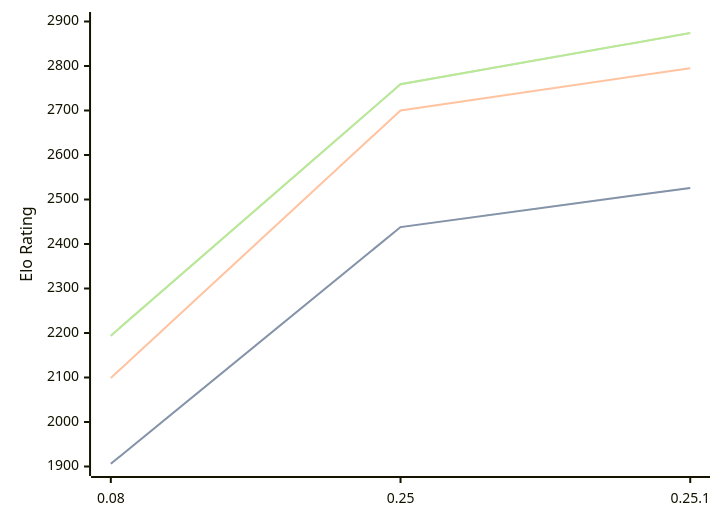
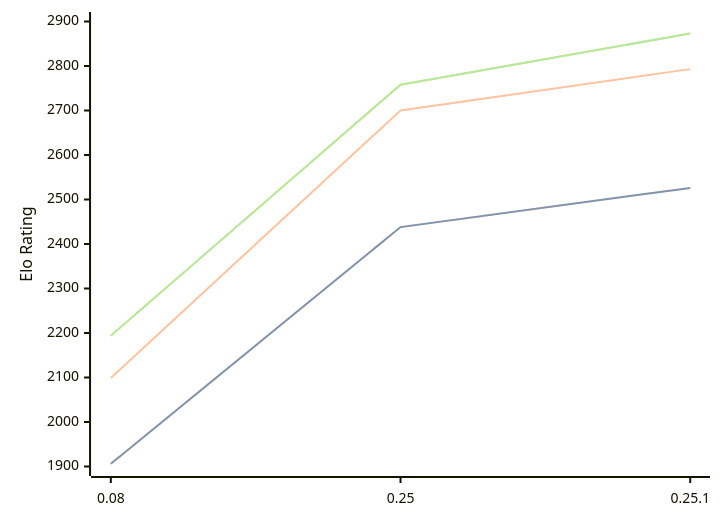
Before and after one commit to computer-chess-index/cci: the diagram in engines/Gecko.md, drawn with Mermaid. The commit also changed other lines of this file, not shown here.

Commit message:
Update CCI Ratings (ELO VLTC) - 2026-04-26

````diff
--- a/engines/Gecko.md
+++ b/engines/Gecko.md
@@ -33,11 +33,11 @@
 ```mermaid
 %%{init: {"theme":"base","themeVariables":{"seriesColors:['#a3a3a3','#222221','#faa371']}}}%%
 xychart-beta
   x-axis ["0.08", "0.25", "0.25.1"]
   y-axis "Elo Rating" 1900 --> 2900
   line "STC (8.0+0.08s)" [1906, 2438, 2526]
   line "STC (8.0+0.08s)" [1906, 2438, 2526]
-  line "LTC (60.0+0.60s)" [2099, 2700, 2795]
-  line "VLTC (2m24s+1.12s)" [2194, 2759, 2874]
-  line "VLTC (2m24s+1.12s)" [2194, 2759, 2874]
+  line "LTC (60.0+0.60s)" [2099, 2700, 2793]
+  line "VLTC (2m24s+1.12s)" [2194, 2758, 2873]
+  line "VLTC (2m24s+1.12s)" [2194, 2758, 2873]
 ```
````
